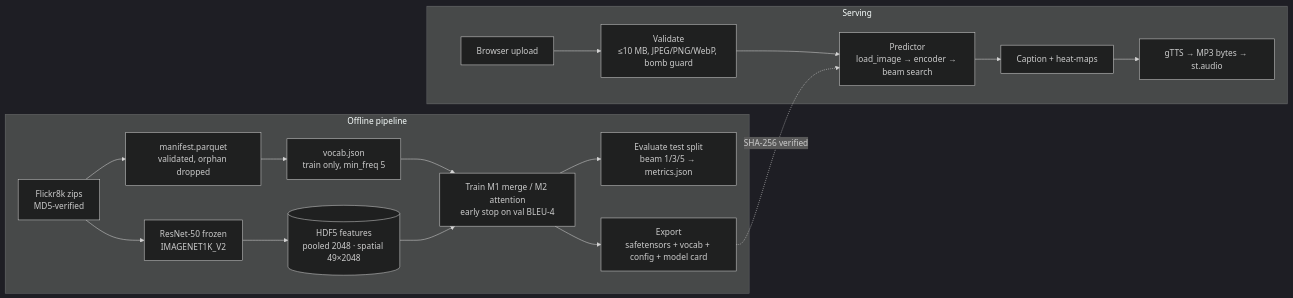
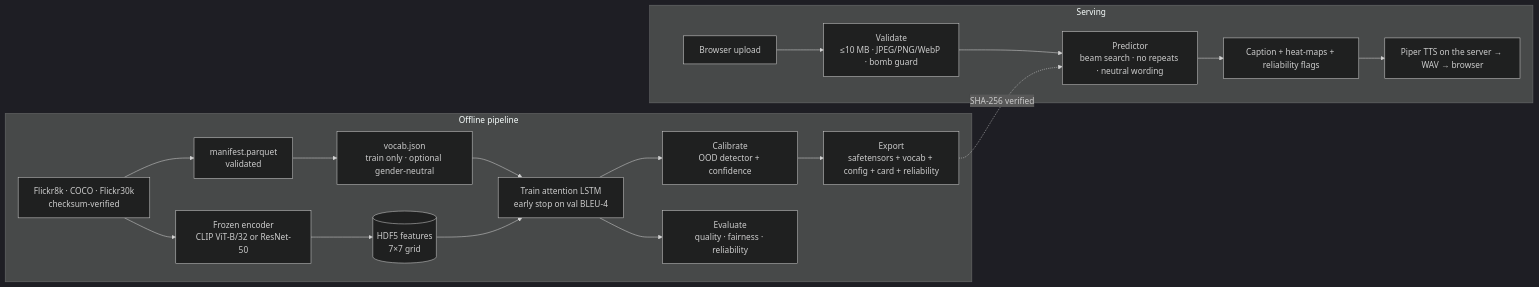
The diagram in README.md (Kislay01/DeepLearning_CP), drawn with Mermaid (dark theme) before and after one commit. The commit also changed other lines of this file and 4 other files, not shown here.

````diff
--- a/README.md
+++ b/README.md
@@ -17,19 +31,20 @@
 ```mermaid
 flowchart LR
     subgraph Offline pipeline
-        A[Flickr8k zips<br/>MD5-verified] --> B[manifest.parquet<br/>validated, orphan dropped]
-        B --> C[vocab.json<br/>train only, min_freq 5]
-        A --> D[ResNet-50 frozen<br/>IMAGENET1K_V2]
-        D --> E[(HDF5 features<br/>pooled 2048 · spatial 49×2048)]
-        C & E --> F[Train M1 merge / M2 attention<br/>early stop on val BLEU-4]
-        F --> G[Evaluate test split<br/>beam 1/3/5 → metrics.json]
-        F --> H[Export<br/>safetensors + vocab + config + model card]
+        A[Flickr8k · COCO · Flickr30k<br/>checksum-verified] --> B[manifest.parquet<br/>validated]
+        B --> C[vocab.json<br/>train only · optional gender-neutral]
+        A --> D[Frozen encoder<br/>CLIP ViT-B/32 or ResNet-50]
+        D --> E[(HDF5 features<br/>7×7 grid)]
+        C & E --> F[Train attention LSTM<br/>early stop on val BLEU-4]
+        F --> R[Calibrate<br/>OOD detector + confidence]
+        F --> G[Evaluate<br/>quality · fairness · reliability]
+        R --> H[Export<br/>safetensors + vocab + config + card + reliability]
     end
     subgraph Serving
-        U[Browser upload] --> V[Validate<br/>≤10 MB, JPEG/PNG/WebP, bomb guard]
-        V --> P[Predictor<br/>load_image → encoder → beam search]
+        U[Browser upload] --> V[Validate<br/>≤10 MB · JPEG/PNG/WebP · bomb guard]
+        V --> P[Predictor<br/>beam search · no repeats · neutral wording]
         H -. SHA-256 verified .-> P
-        P --> T[Caption + heat-maps]
-        T --> S[gTTS → MP3 bytes → st.audio]
+        P --> T[Caption + heat-maps + reliability flags]
+        T --> S[Piper TTS on the server → WAV → browser]
     end
 ```
````
